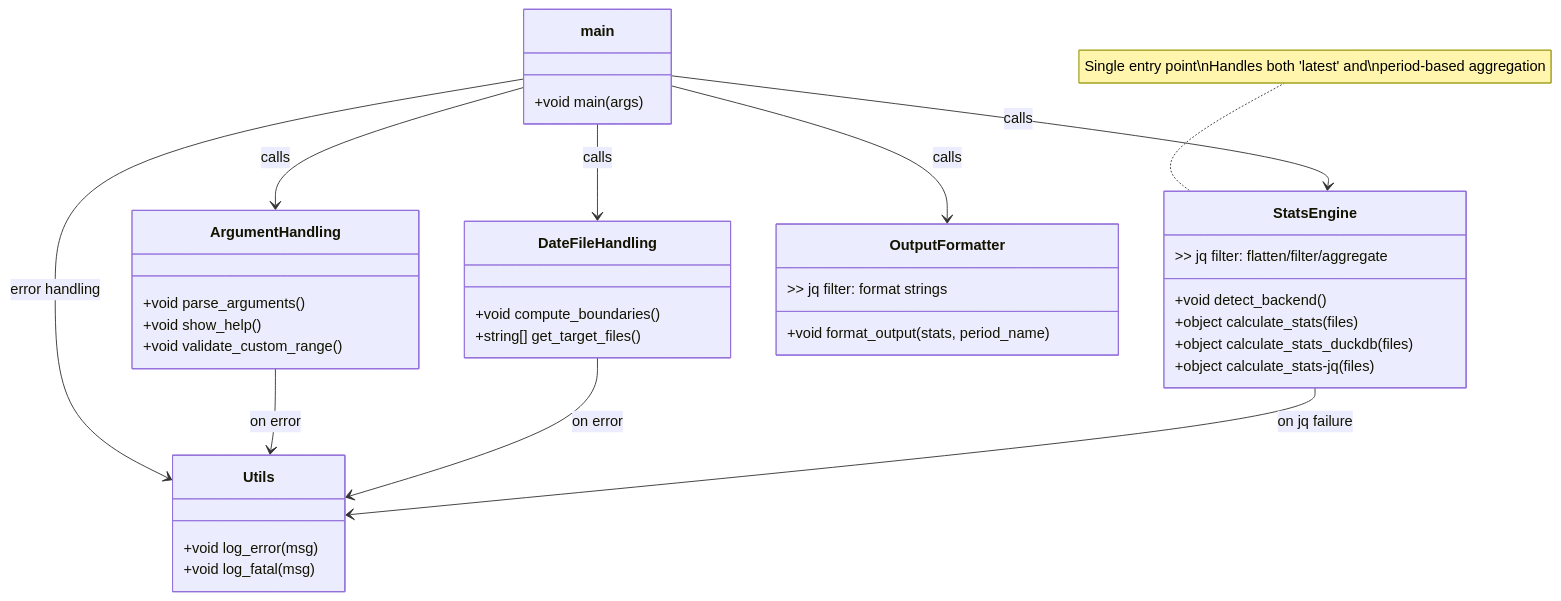
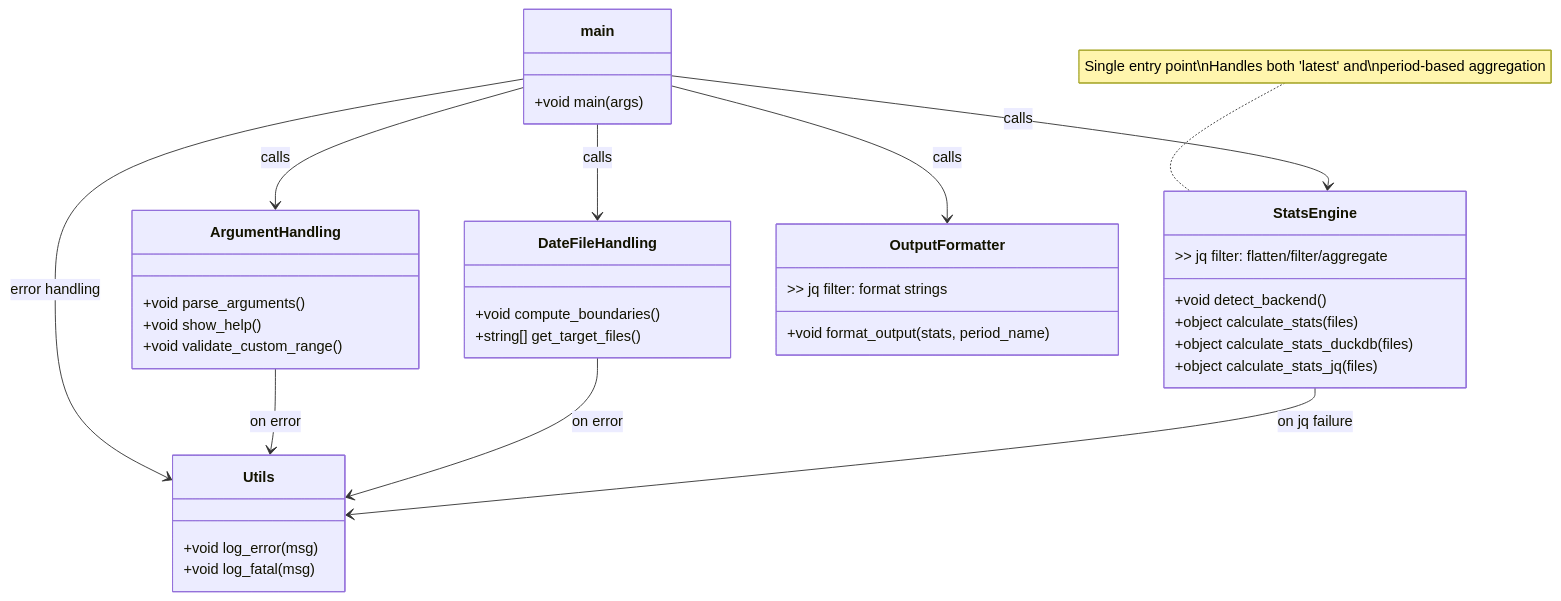
One commit to tomato-tom/flash-card changed the fifth of 5 diagrams in docs/typing.md. Above: the diagram before and after it, drawn with Mermaid. The commit also changed other lines of this file and 1 other file, not shown here.

````diff
--- a/docs/typing.md
+++ b/docs/typing.md
@@ -176,47 +166,47 @@
 ```mermaid
 classDiagram
     class main {
         +void main(args)
     }
     
     class ArgumentHandling {
         +void parse_arguments()
         +void show_help()
         +void validate_custom_range()
     }
     
     class DateFileHandling {
         +void compute_boundaries()
         +string[] get_target_files()
     }
     
     class StatsEngine {
         +void detect_backend()
         +object calculate_stats(files)
         +object calculate_stats_duckdb(files)
-        +object calculate_stats-jq(files)
+        +object calculate_stats_jq(files)
         >> jq filter: flatten/filter/aggregate
     }
     
     class OutputFormatter {
         +void format_output(stats, period_name)
         >> jq filter: format strings
     }
     
     class Utils {
         +void log_error(msg)
         +void log_fatal(msg)
     }
     
     main --> ArgumentHandling : calls
     main --> DateFileHandling : calls
     main --> StatsEngine : calls
     main --> OutputFormatter : calls
     main --> Utils : error handling
     
     ArgumentHandling --> Utils : on error
     DateFileHandling --> Utils : on error
     StatsEngine --> Utils : on jq failure
     
     note for StatsEngine "Single entry point\nHandles both 'latest' and\nperiod-based aggregation"
 ```
````
